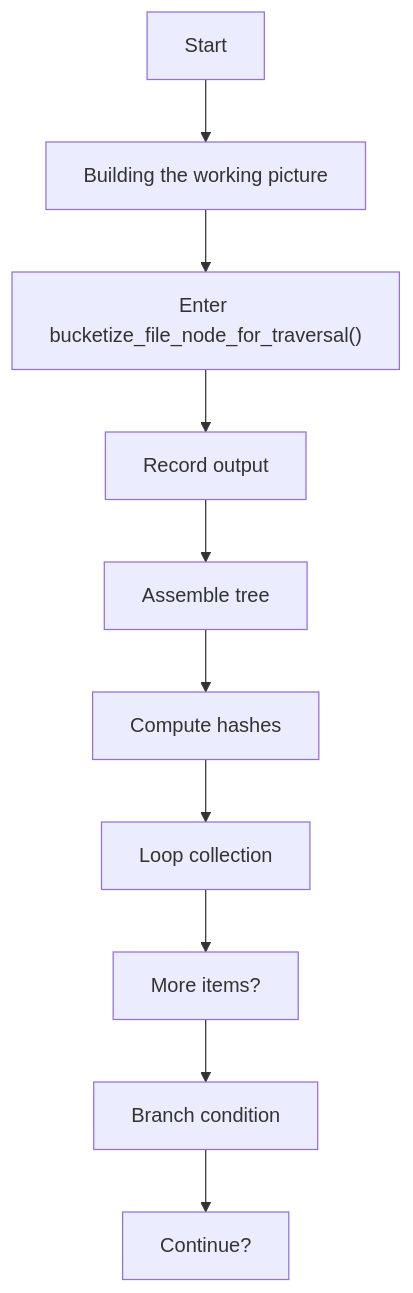
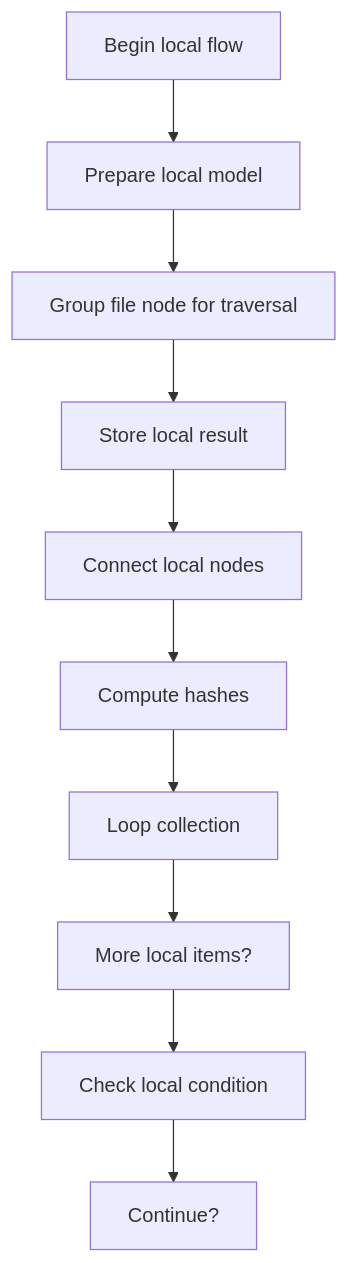
One commit to JohnAndrewBalbarosa/NeoTerritory changed the first of 4 diagrams in docs/Codebase/Microservice/Modules/Source/Trees/ClassGeneration/Actual/Internal/bucket.cpp.md. Above: the diagram before and after it, drawn with Mermaid. The commit also changed other lines of this file and 925 other files, not shown here.

````diff
--- a/docs/Codebase/Microservice/Modules/Source/Trees/ClassGeneration/Actual/Internal/bucket.cpp.md
+++ b/docs/Codebase/Microservice/Modules/Source/Trees/ClassGeneration/Actual/Internal/bucket.cpp.md
@@ -30,22 +29,22 @@
 ```mermaid
 flowchart TD
-    N0["Start"]
-    N1["Building the working picture"]
-    N2["Enter bucketize_file_node_for_traversal()"]
-    N3["Record output"]
-    N4["Assemble tree"]
+    N0["Begin local flow"]
+    N1["Prepare local model"]
+    N2["Group file node for traversal"]
+    N3["Store local result"]
+    N4["Connect local nodes"]
     N5["Compute hashes"]
     N6["Loop collection"]
-    N7["More items?"]
-    N8["Branch condition"]
+    N7["More local items?"]
+    N8["Check local condition"]
     N9["Continue?"]
     N0 --> N1
     N1 --> N2
     N2 --> N3
     N3 --> N4
     N4 --> N5
     N5 --> N6
     N6 --> N7
     N7 --> N8
     N8 --> N9
 ```
````
